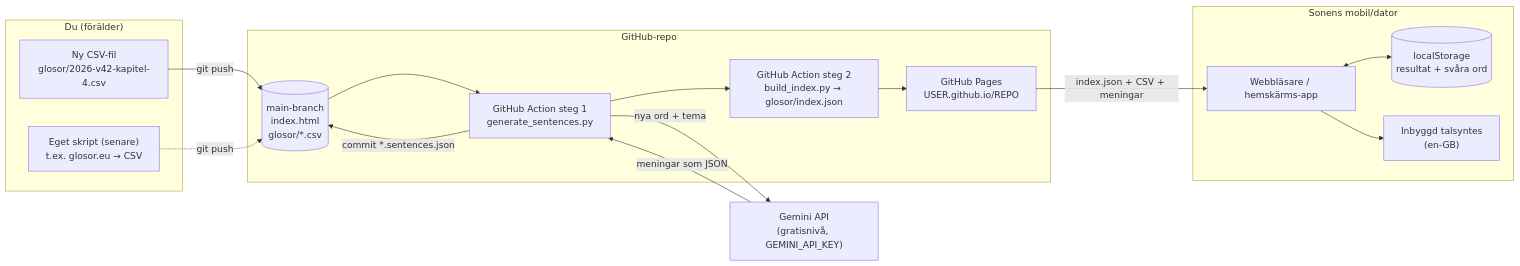
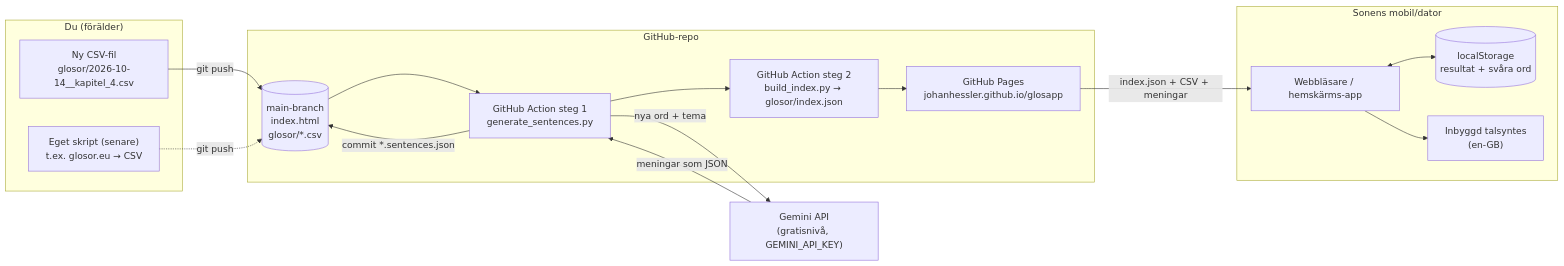
One commit to johanhessler/glosapp changed the diagram in README.md. Above: the diagram before and after it, drawn with Mermaid. The commit also changed other lines of this file, not shown here.

````diff
--- a/README.md
+++ b/README.md
@@ -7,33 +9,33 @@
 ```mermaid
 flowchart LR
     subgraph du["Du (förälder)"]
-        csv["Ny CSV-fil<br/>glosor/2026-v42-kapitel-4.csv"]
+        csv["Ny CSV-fil<br/>glosor/2026-10-14__kapitel_4.csv"]
         script["Eget skript (senare)<br/>t.ex. glosor.eu → CSV"]
     end
 
     subgraph gh["GitHub-repo"]
         repo[("main-branch<br/>index.html<br/>glosor/*.csv")]
         gen["GitHub Action steg 1<br/>generate_sentences.py"]
         action["GitHub Action steg 2<br/>build_index.py → glosor/index.json"]
-        pages["GitHub Pages<br/>USER.github.io/REPO"]
+        pages["GitHub Pages<br/>johanhessler.github.io/glosapp"]
     end
 
     gemini["Gemini API<br/>(gratisnivå, GEMINI_API_KEY)"]
 
     subgraph enhet["Sonens mobil/dator"]
         app["Webbläsare / hemskärms-app"]
         ls[("localStorage<br/>resultat + svåra ord")]
         tts["Inbyggd talsyntes<br/>(en-GB)"]
     end
 
     csv -->|git push| repo
     script -.->|git push| repo
     repo --> gen
     gen -->|nya ord + tema| gemini
     gemini -->|meningar som JSON| gen
     gen -->|commit *.sentences.json| repo
     gen --> action --> pages
     pages -->|index.json + CSV + meningar| app
     app <--> ls
     app --> tts
 ```
````
